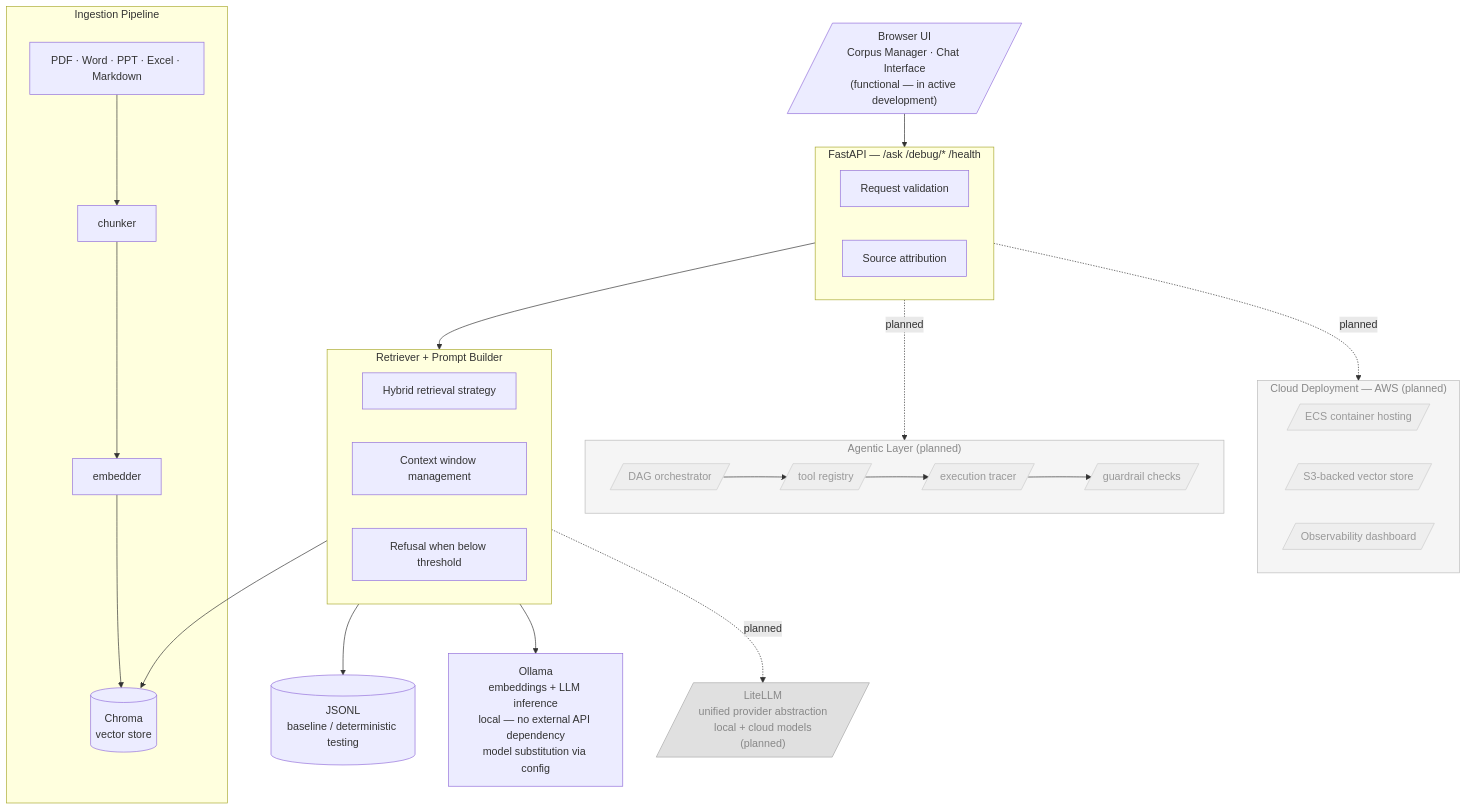
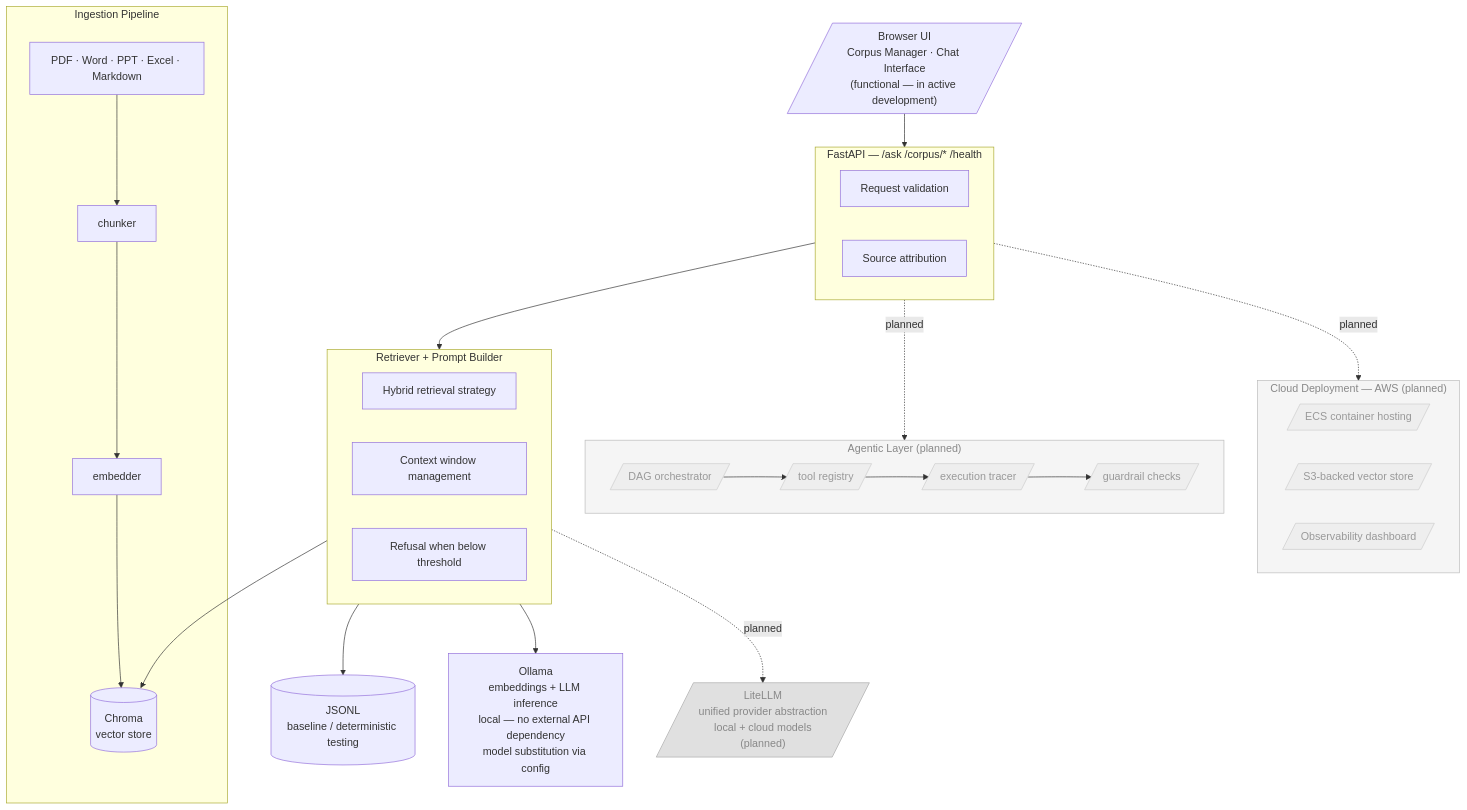
Before and after one commit to mbarberony/AIStudio: the diagram in README.md, drawn with Mermaid. The commit also changed other lines of this file and 1 other file, not shown here.

````diff
--- a/README.md
+++ b/README.md
@@ -116,61 +122,61 @@
 ```mermaid
 flowchart TD
     U[/"Browser UI\nCorpus Manager · Chat Interface\n(functional — in active development)"/]
     U --> API
 
-    subgraph API["FastAPI — /ask  /debug/*  /health"]
+    subgraph API["FastAPI — /ask  /corpus/*  /health"]
         AV[Request validation]
         AS[Source attribution]
     end
 
     API --> RPB
 
     subgraph RPB["Retriever + Prompt Builder"]
         RH[Hybrid retrieval strategy]
         RC[Context window management]
         RR[Refusal when below threshold]
     end
 
     RPB --> C
     RPB --> J
     RPB --> O
     RPB -.->|planned| L
 
     C[(Chroma\nvector store)]
     J[(JSONL\nbaseline / deterministic testing)]
     O[Ollama\nembeddings + LLM inference\nlocal — no external API dependency\nmodel substitution via config]
 
     L[/"LiteLLM\nunified provider abstraction\nlocal + cloud models\n(planned)"/]
 
     subgraph AG["Agentic Layer (planned)"]
         DAG[/"DAG orchestrator"/] --> TR[/"tool registry"/]
         TR --> ET[/"execution tracer"/]
         ET --> GC[/"guardrail checks"/]
     end
 
     subgraph ING["Ingestion Pipeline"]
         IN[PDF · Word · PPT · Excel · Markdown] --> CH[chunker]
         CH --> EM[embedder]
         EM --> C
     end
 
     subgraph CLOUD["Cloud Deployment — AWS (planned)"]
         ECS[/"ECS container hosting"/]
         S3[/"S3-backed vector store"/]
         OBS[/"Observability dashboard"/]
     end
 
     API -.->|planned| AG
     API -.->|planned| CLOUD
 
     style L fill:#e0e0e0,stroke:#aaaaaa,color:#888888
     style AG fill:#f5f5f5,stroke:#bbbbbb,color:#888888
     style DAG fill:#eeeeee,stroke:#cccccc,color:#999999
     style TR fill:#eeeeee,stroke:#cccccc,color:#999999
     style ET fill:#eeeeee,stroke:#cccccc,color:#999999
     style GC fill:#eeeeee,stroke:#cccccc,color:#999999
     style CLOUD fill:#f5f5f5,stroke:#bbbbbb,color:#888888
     style ECS fill:#eeeeee,stroke:#cccccc,color:#999999
     style S3 fill:#eeeeee,stroke:#cccccc,color:#999999
     style OBS fill:#eeeeee,stroke:#cccccc,color:#999999
 ```
````
